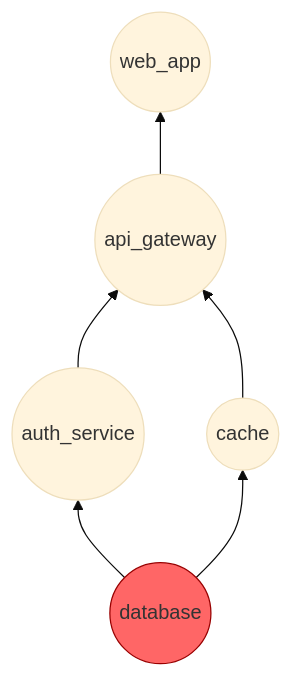
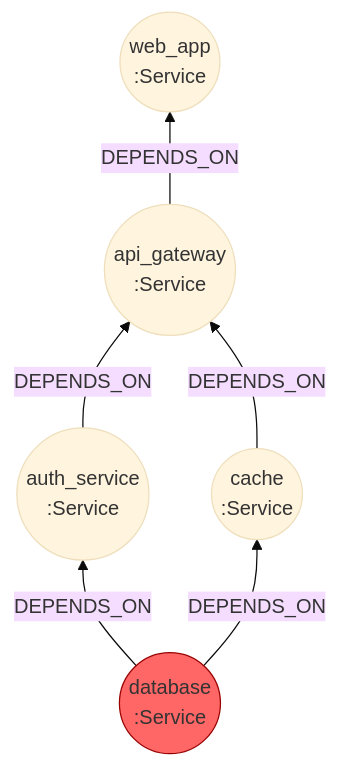
One commit to xergioalex/agent-lab changed the first of 2 diagrams in src/46_root_cause_analysis/README.md. Above: the diagram before and after it, drawn with Mermaid (base theme). The commit also changed other lines of this file and 64 other files, not shown here.

First line of the commit message:
docs(docs): premium Mermaid diagram pass on all 64 module READMEs

````diff
--- a/src/46_root_cause_analysis/README.md
+++ b/src/46_root_cause_analysis/README.md
@@ -53,9 +57,9 @@
 ```mermaid
-graph BT
-    database((database)) --> auth_service((auth_service))
-    database --> cache((cache))
-    auth_service --> api_gateway((api_gateway))
-    cache --> api_gateway
-    api_gateway --> web_app((web_app))
+flowchart BT
+    database(("database<br/>:Service")) -->|"DEPENDS_ON"| auth_service(("auth_service<br/>:Service"))
+    database -->|"DEPENDS_ON"| cache(("cache<br/>:Service"))
+    auth_service -->|"DEPENDS_ON"| api_gateway(("api_gateway<br/>:Service"))
+    cache -->|"DEPENDS_ON"| api_gateway
+    api_gateway -->|"DEPENDS_ON"| web_app(("web_app<br/>:Service"))
     style database fill:#f66,stroke:#900
 ```
````
